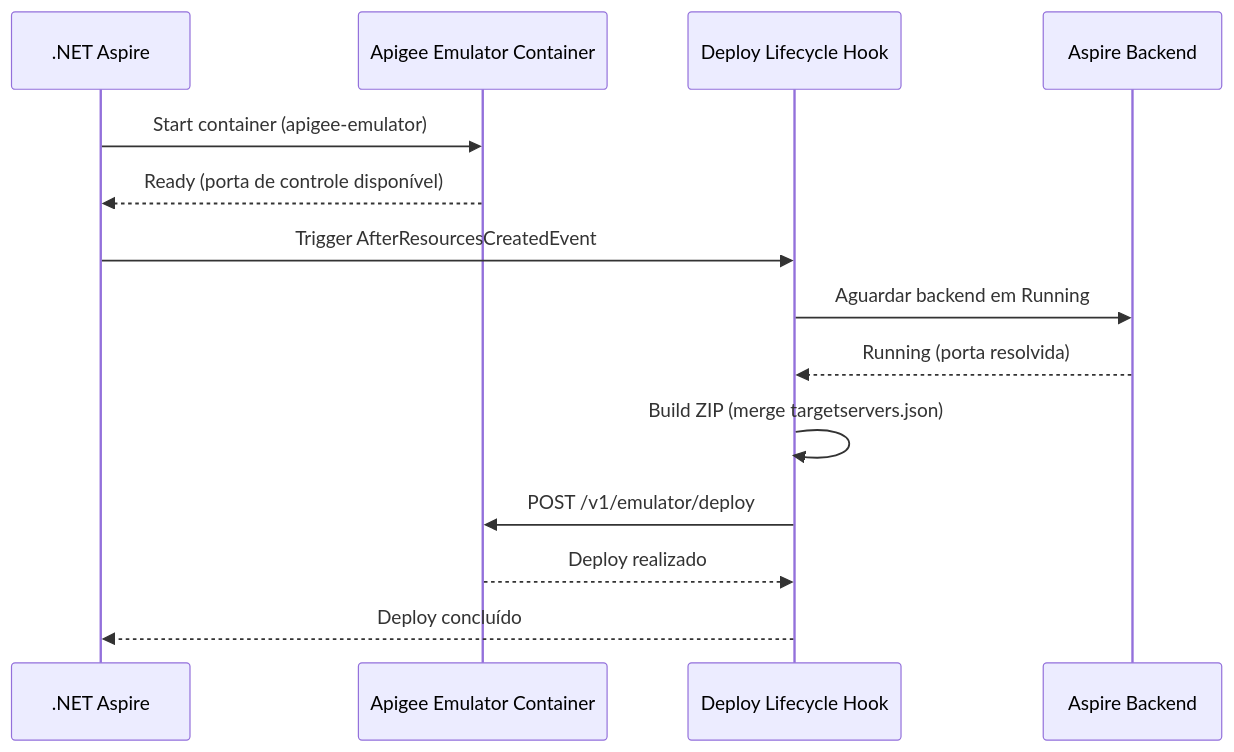
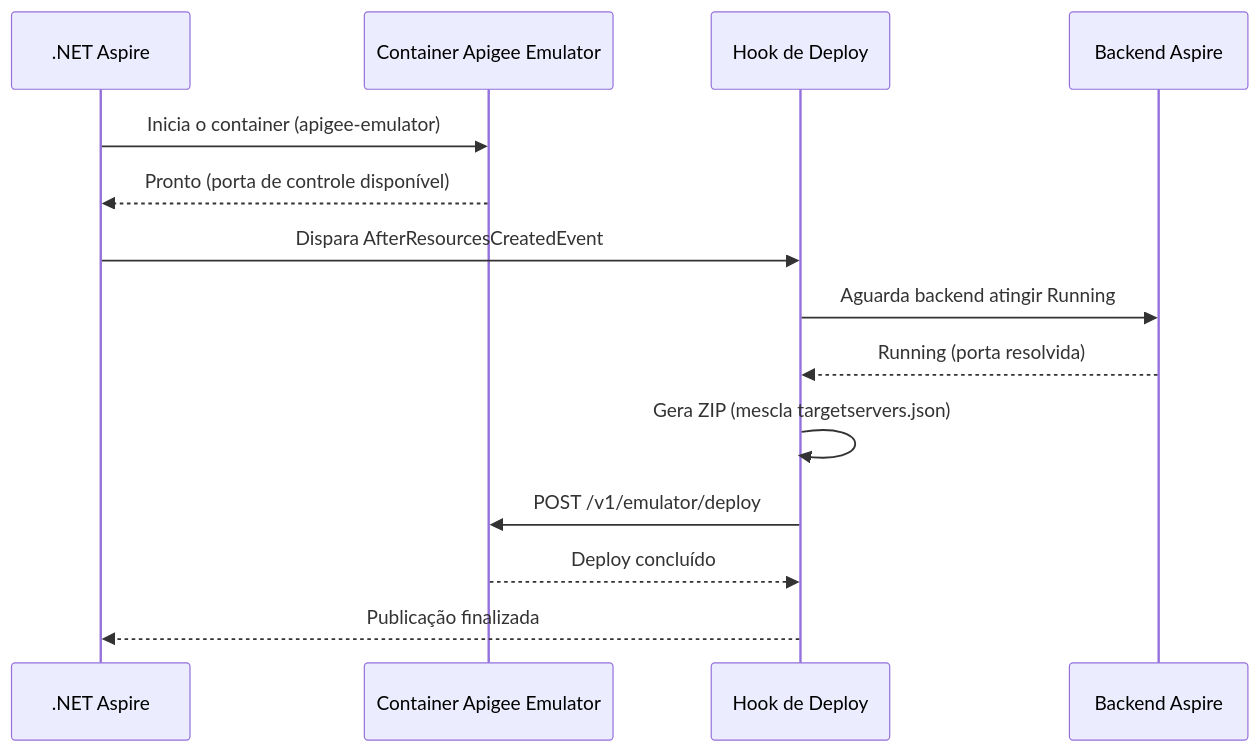
One commit to Marcus-V-Freitas/MVFC.Aspire.Helpers changed the first of 2 diagrams in src/MVFC.Aspire.Helpers.ApigeeEmulator/README.pt-BR.md. Above: the diagram before and after it, drawn with Mermaid. The commit also changed other lines of this file and 10 other files, not shown here.

Commit message:
refactor(apigee): improve deployment logic, expand docs, and add backend tests.

````diff
--- a/src/MVFC.Aspire.Helpers.ApigeeEmulator/README.pt-BR.md
+++ b/src/MVFC.Aspire.Helpers.ApigeeEmulator/README.pt-BR.md
@@ -104,17 +112,17 @@
 ```mermaid
 sequenceDiagram
     participant Aspire as .NET Aspire
-    participant Container as Apigee Emulator Container
-    participant Hook as Deploy Lifecycle Hook
-    participant Backend as Aspire Backend
+    participant Container as Container Apigee Emulator
+    participant Hook as Hook de Deploy
+    participant Backend as Backend Aspire
 
-    Aspire->>Container: Start container (apigee-emulator)
-    Container-->>Aspire: Ready (porta de controle disponível)
-    Aspire->>Hook: Trigger AfterResourcesCreatedEvent
-    Hook->>Backend: Aguardar backend em Running
+    Aspire->>Container: Inicia o container (apigee-emulator)
+    Container-->>Aspire: Pronto (porta de controle disponível)
+    Aspire->>Hook: Dispara AfterResourcesCreatedEvent
+    Hook->>Backend: Aguarda backend atingir Running
     Backend-->>Hook: Running (porta resolvida)
-    Hook->>Hook: Build ZIP (merge targetservers.json)
+    Hook->>Hook: Gera ZIP (mescla targetservers.json)
     Hook->>Container: POST /v1/emulator/deploy
-    Container-->>Hook: Deploy realizado
-    Hook-->>Aspire: Deploy concluído
+    Container-->>Hook: Deploy concluído
+    Hook-->>Aspire: Publicação finalizada
 ```
````
